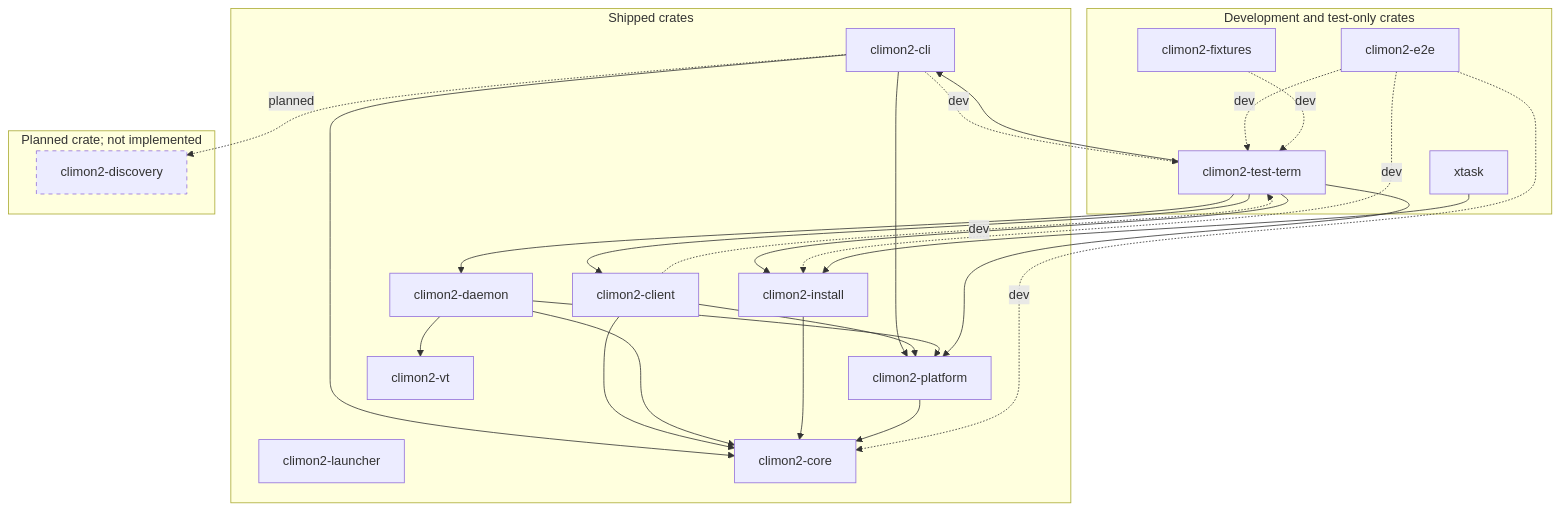
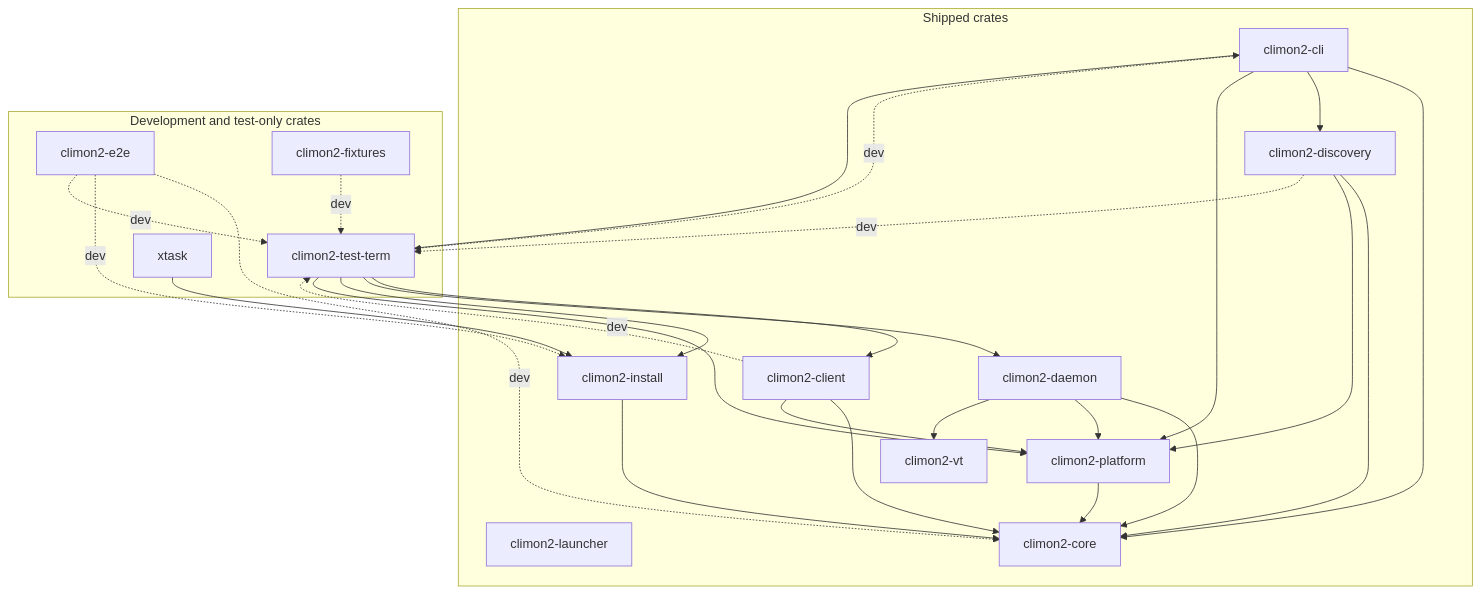
Before and after one commit to jackgeek/climon2: the diagram in docs/crate-relationships.md, drawn with Mermaid. The commit also changed other lines of this file and 4 other files, not shown here.

First line of the commit message:
Record climon2-discovery in the layout ADR, diagrams and glossary

````diff
--- a/docs/crate-relationships.md
+++ b/docs/crate-relationships.md
@@ -10,49 +10,48 @@
 ```mermaid
 flowchart TB
     subgraph shipped["Shipped crates"]
         launcher["climon2-launcher"]
         cli["climon2-cli"]
+        discovery["climon2-discovery"]
         client["climon2-client"]
         daemon["climon2-daemon"]
         install["climon2-install"]
         platform["climon2-platform"]
         core["climon2-core"]
         vt["climon2-vt"]
 
         cli --> core
+        cli --> discovery
         cli --> platform
+        discovery --> core
+        discovery --> platform
         client --> core
         client --> platform
         daemon --> core
         daemon --> platform
         daemon --> vt
         install --> core
         platform --> core
     end
 
     subgraph development["Development and test-only crates"]
         test_term["climon2-test-term"]
         e2e["climon2-e2e"]
         fixtures["climon2-fixtures"]
         xtask["xtask"]
     end
 
     cli -.->|"dev"| test_term
+    discovery -.->|"dev"| test_term
     client -.->|"dev"| test_term
     test_term --> cli
     test_term --> client
     test_term --> daemon
     test_term --> install
     test_term --> platform
     e2e -.->|"dev"| core
     e2e -.->|"dev"| install
     e2e -.->|"dev"| test_term
     fixtures -.->|"dev"| test_term
     xtask --> install
-
-    subgraph planned["Planned crate; not implemented"]
-        discovery["climon2-discovery"]
-    end
-    cli -.->|"planned"| discovery
-    style discovery stroke-dasharray: 5 5
 ```
````
